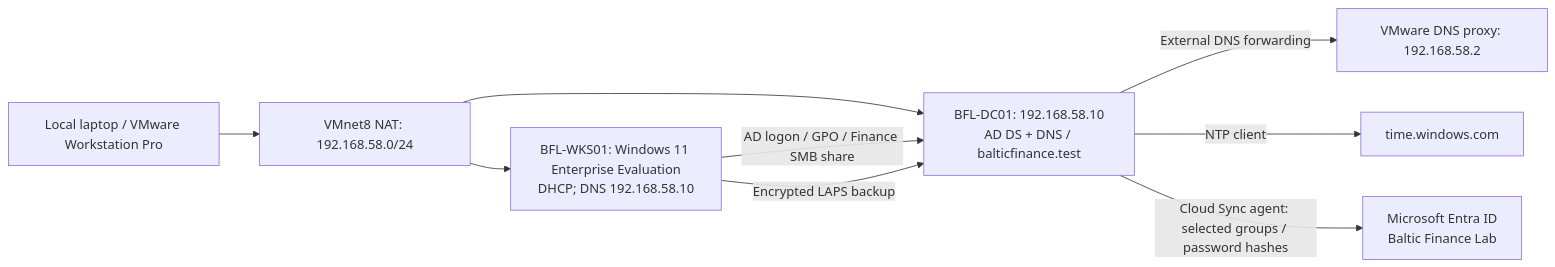
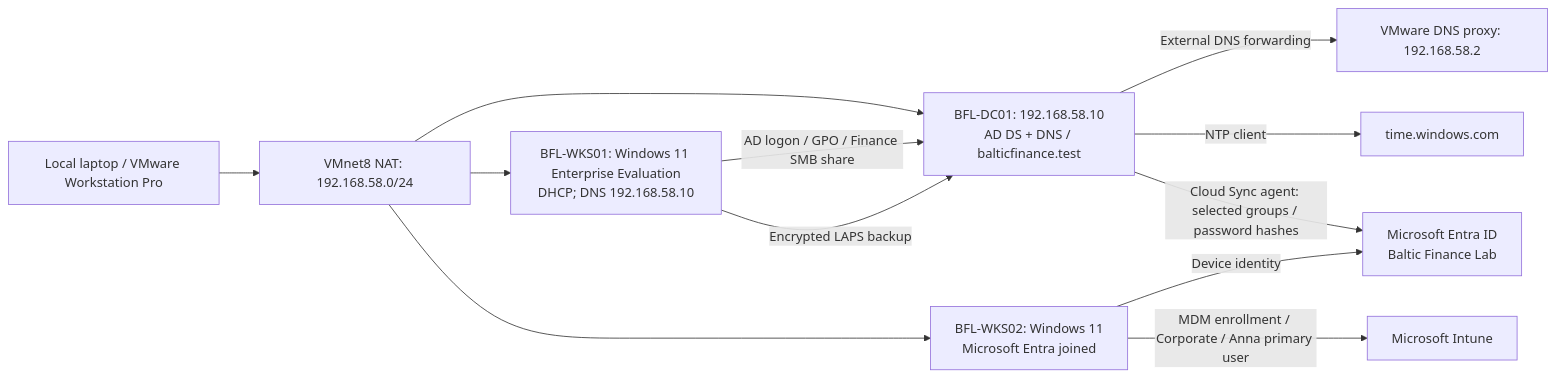
One commit to krzysztof-szot/hybrid-enterprise-security-project changed the diagram in README.md. Above: the diagram before and after it, drawn with Mermaid. The commit also changed other lines of this file and 6 other files, not shown here.

Commit message:
Document Day 06 Entra join, Intune enrollment and device rename verification

````diff
--- a/README.md
+++ b/README.md
@@ -26,11 +27,14 @@
 ```mermaid
 flowchart LR
     Host["Local laptop / VMware Workstation Pro"] --> NAT["VMnet8 NAT: 192.168.58.0/24"]
     NAT --> DC["BFL-DC01: 192.168.58.10\nAD DS + DNS / balticfinance.test"]
     NAT --> WKS["BFL-WKS01: Windows 11 Enterprise Evaluation\nDHCP; DNS 192.168.58.10"]
+    NAT --> WKS2["BFL-WKS02: Windows 11\nMicrosoft Entra joined"]
+    WKS2 -->|"Device identity"| Entra
+    WKS2 -->|"MDM enrollment / Corporate / Anna primary user"| Intune["Microsoft Intune"]
     WKS -->|"AD logon / GPO / Finance SMB share"| DC
     DC -->|"External DNS forwarding"| DNS["VMware DNS proxy: 192.168.58.2"]
     DC -->|"NTP client"| NTP["time.windows.com"]
     WKS -->|"Encrypted LAPS backup"| DC
     DC -->|"Cloud Sync agent: selected groups / password hashes"| Entra["Microsoft Entra ID\nBaltic Finance Lab"]
 ```
````
